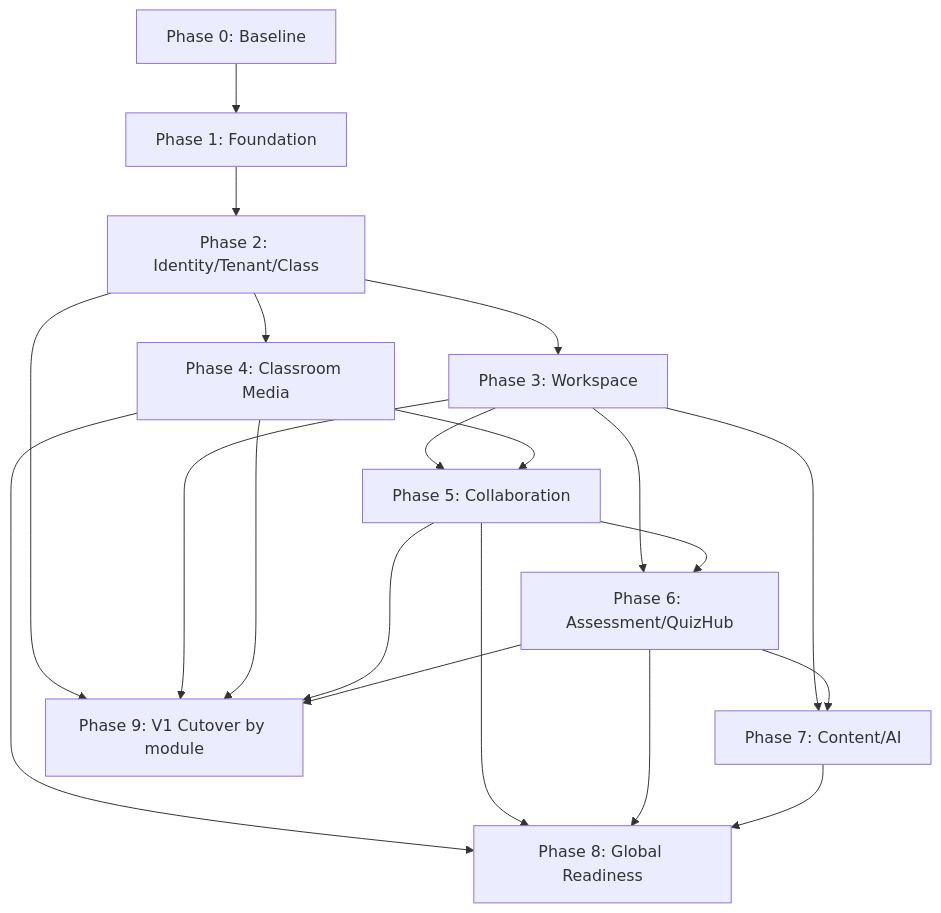
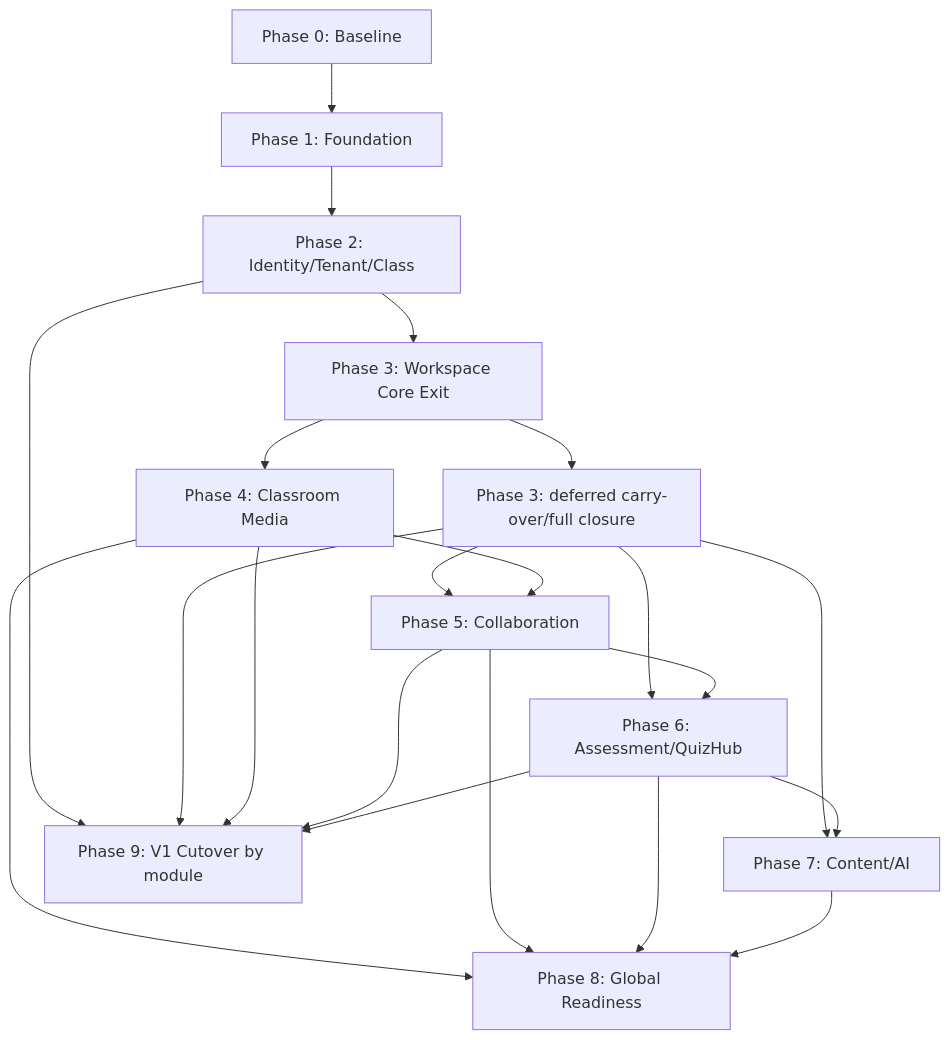
Before and after one commit to basangnguyen/TUTORHUB_WEB: the fourth of 4 diagrams in docs/MASTER_PLAN.md, drawn with Mermaid. The commit also changed other lines of this file and 6 other files, not shown here.

Commit message:
docs: rebaseline phase 3 core exit and carry-over

````diff
--- a/docs/MASTER_PLAN.md
+++ b/docs/MASTER_PLAN.md
@@ -1624,22 +1661,23 @@
 ```mermaid
 flowchart TD
     P0["Phase 0: Baseline"] --> P1["Phase 1: Foundation"]
     P1 --> P2["Phase 2: Identity/Tenant/Class"]
-    P2 --> P3["Phase 3: Workspace"]
-    P2 --> P4["Phase 4: Classroom Media"]
-    P3 --> P5["Phase 5: Collaboration"]
+    P2 --> P3C["Phase 3: Workspace Core Exit"]
+    P3C --> P4["Phase 4: Classroom Media"]
+    P3C --> P3F["Phase 3: deferred carry-over/full closure"]
+    P3F --> P5["Phase 5: Collaboration"]
     P4 --> P5
-    P3 --> P6["Phase 6: Assessment/QuizHub"]
+    P3F --> P6["Phase 6: Assessment/QuizHub"]
     P5 --> P6
-    P3 --> P7["Phase 7: Content/AI"]
+    P3F --> P7["Phase 7: Content/AI"]
     P6 --> P7
     P4 --> P8["Phase 8: Global Readiness"]
     P5 --> P8
     P6 --> P8
     P7 --> P8
     P2 --> P9["Phase 9: V1 Cutover by module"]
-    P3 --> P9
+    P3F --> P9
     P4 --> P9
     P5 --> P9
     P6 --> P9
 ```
````
